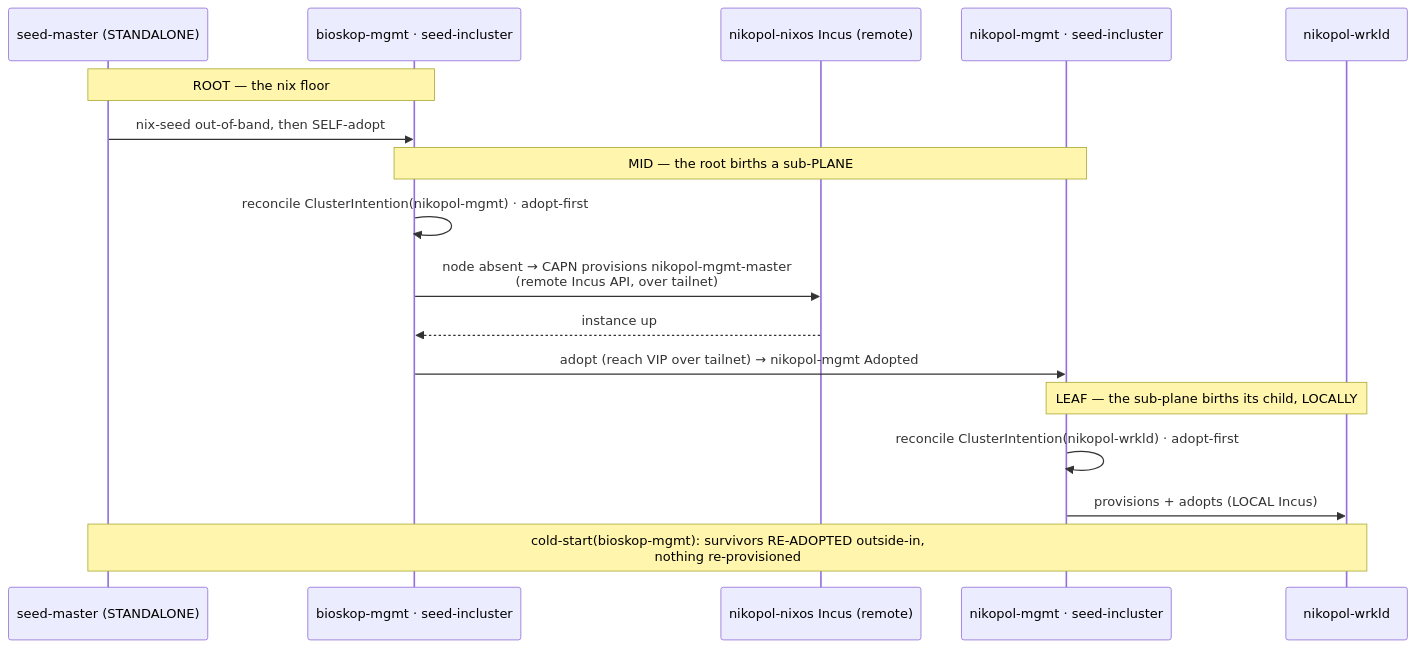
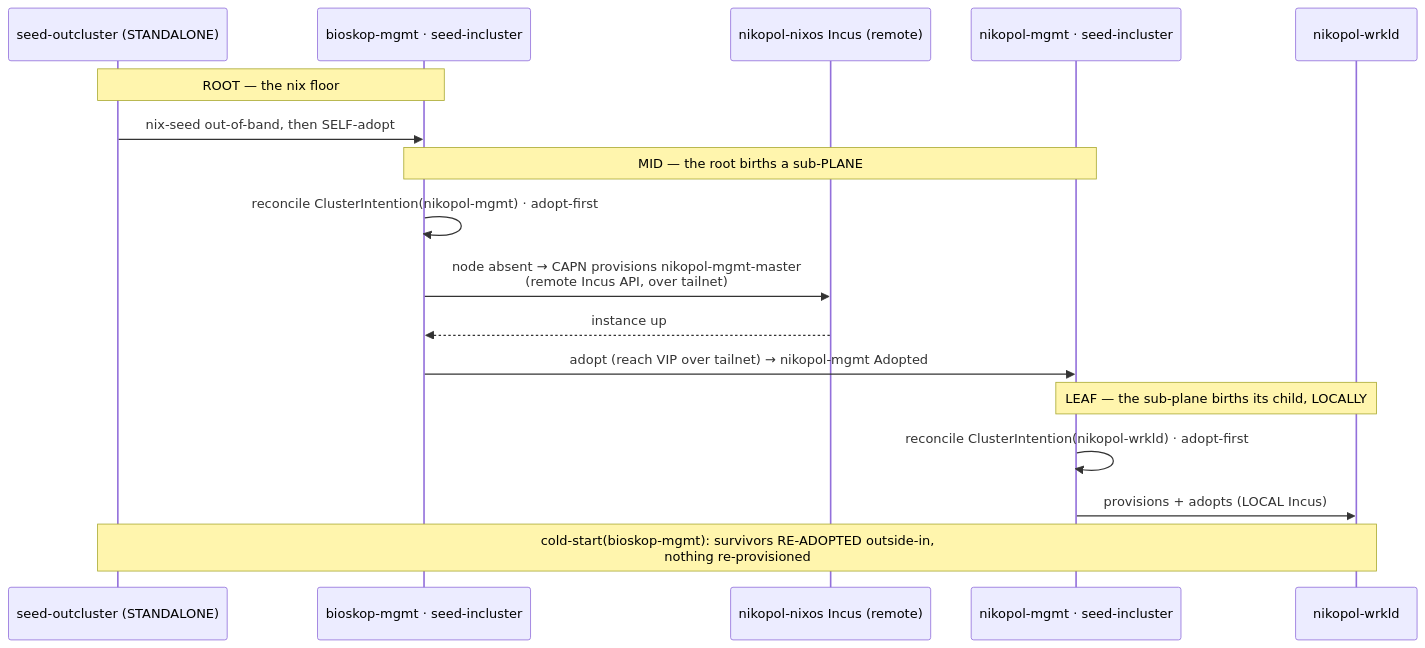
The fifth of 20 diagrams in docs/architecture/cluster-api/cluster-seeding-controller.adoc (seedmatic/rke2lab), drawn with Mermaid before and after one commit. The commit also changed other lines of this file and 160 other files, not shown here.

First line of the commit message:
refactor(exec)!: `seed-master` → `seed-outcluster`, one axis for the whole chain

```diff
--- a/docs/architecture/cluster-api/cluster-seeding-controller.adoc
+++ b/docs/architecture/cluster-api/cluster-seeding-controller.adoc
@@ -793,20 +793,20 @@
 [mermaid,cluster-seeding-federation-sequence,svg]
 ----
 sequenceDiagram
-  participant SM as seed-master (STANDALONE)
+  participant SM as seed-outcluster (STANDALONE)
   participant B as bioskop-mgmt · seed-incluster
   participant RX as nikopol-nixos Incus (remote)
   participant N as nikopol-mgmt · seed-incluster
   participant NW as nikopol-wrkld
   Note over SM,B: ROOT — the nix floor
   SM->>B: nix-seed out-of-band, then SELF-adopt
   Note over B,N: MID — the root births a sub-PLANE
   B->>B: reconcile ClusterIntention(nikopol-mgmt) · adopt-first
   B->>RX: node absent → CAPN provisions nikopol-mgmt-master<br/>(remote Incus API, over tailnet)
   RX-->>B: instance up
   B->>N: adopt (reach VIP over tailnet) → nikopol-mgmt Adopted
   Note over N,NW: LEAF — the sub-plane births its child, LOCALLY
   N->>N: reconcile ClusterIntention(nikopol-wrkld) · adopt-first
   N->>NW: provisions + adopts (LOCAL Incus)
   Note over SM,NW: cold-start(bioskop-mgmt): survivors RE-ADOPTED outside-in,<br/>nothing re-provisioned
 ----
```
